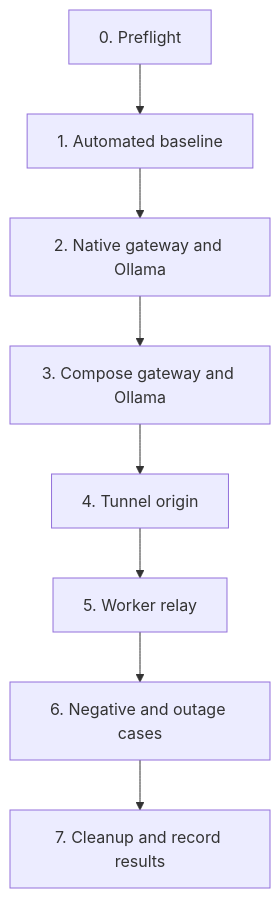
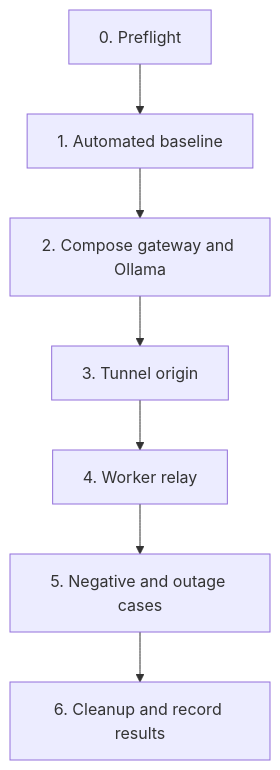
Before and after one commit to m87techlabs/m87-ai-gateway: the second of 2 diagrams in docs/runbooks/end-to-end-flow-testing.md, drawn with Mermaid. The commit also changed other lines of this file and 105 other files, not shown here.

````diff
--- a/docs/runbooks/end-to-end-flow-testing.md
+++ b/docs/runbooks/end-to-end-flow-testing.md
@@ -64,10 +63,9 @@
 ```mermaid
 flowchart TD
     P0[0. Preflight] --> P1[1. Automated baseline]
-    P1 --> P2[2. Native gateway and Ollama]
-    P2 --> P3[3. Compose gateway and Ollama]
-    P3 --> P4[4. Tunnel origin]
-    P4 --> P5[5. Worker relay]
-    P5 --> P6[6. Negative and outage cases]
-    P6 --> P7[7. Cleanup and record results]
+    P1 --> P3[2. Compose gateway and Ollama]
+    P3 --> P4[3. Tunnel origin]
+    P4 --> P5[4. Worker relay]
+    P5 --> P6[5. Negative and outage cases]
+    P6 --> P7[6. Cleanup and record results]
 ```
````
